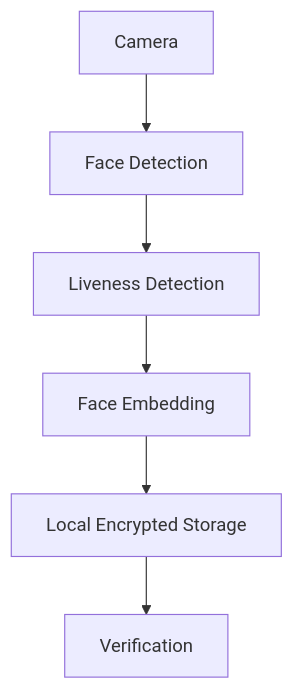
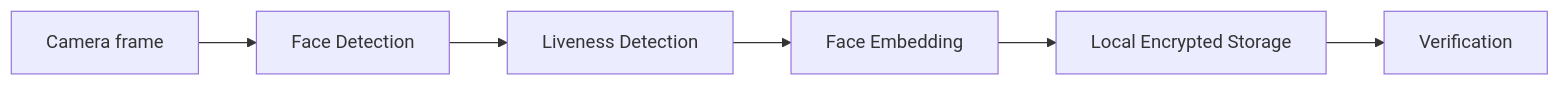
Before and after one commit to pavankarthikeyaatchyuta-lab/NHAI-7.0-FaceGuard: the first of 3 diagrams in README.md, drawn with Mermaid. The commit also changed other lines of this file and 8 other files, not shown here.

````diff
--- a/README.md
+++ b/README.md
@@ -31,8 +41,8 @@
 ```mermaid
-flowchart TD
-  Camera["Camera"] --> Detection["Face Detection"]
+flowchart LR
+  Camera["Camera frame"] --> Detection["Face Detection"]
   Detection --> Liveness["Liveness Detection"]
   Liveness --> Embedding["Face Embedding"]
   Embedding --> Storage["Local Encrypted Storage"]
   Storage --> Verification["Verification"]
 ```
````
